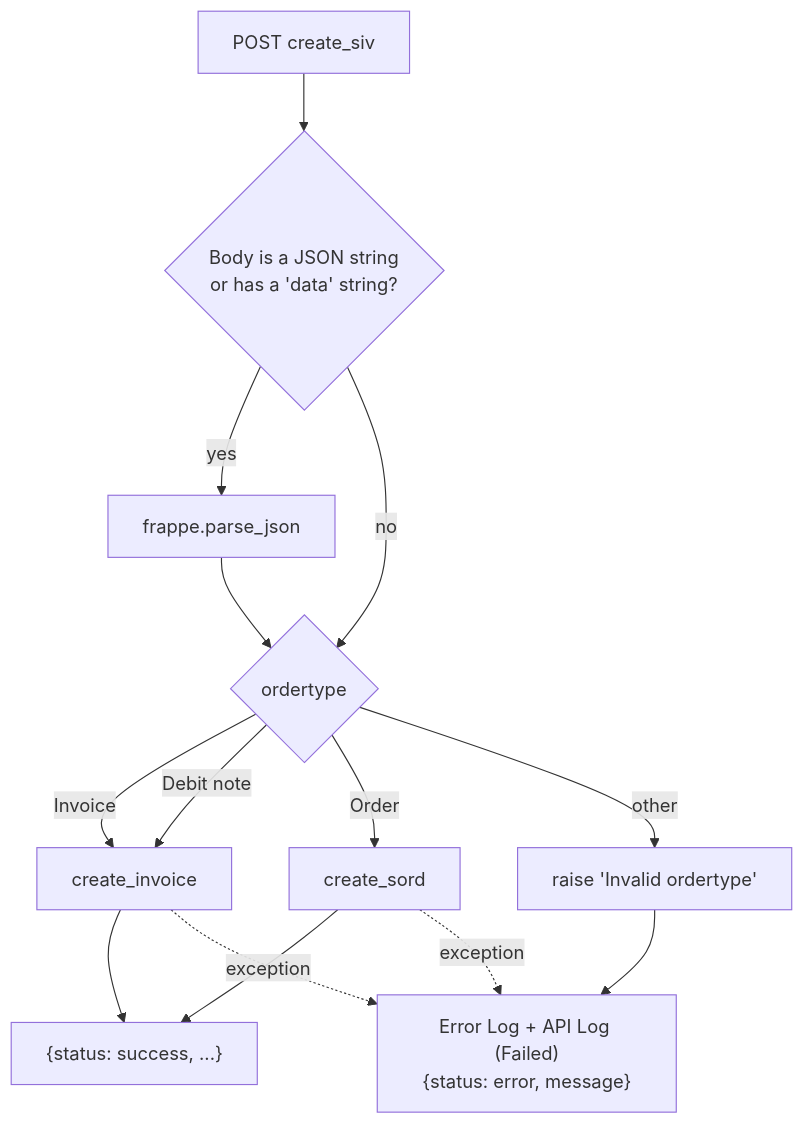
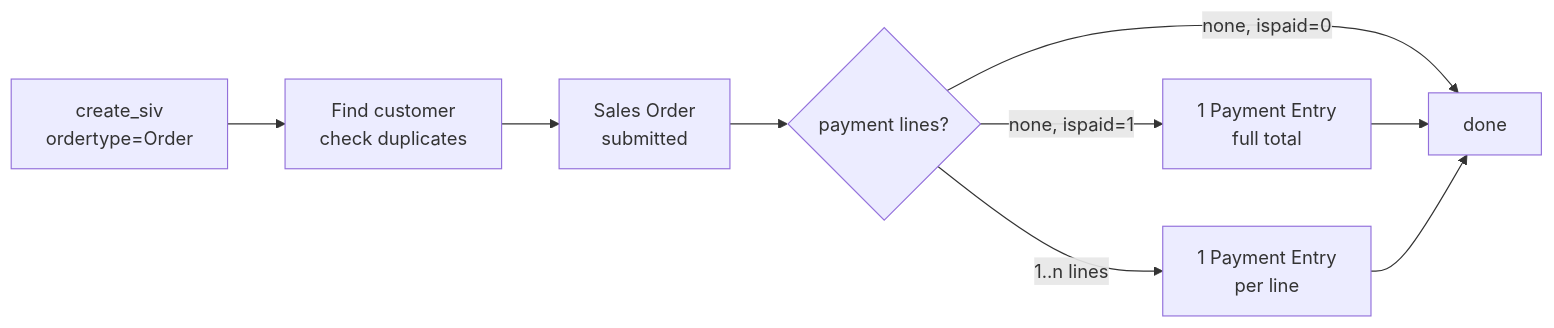
The first of 3 diagrams in docs/api-flow.md (stringapps/StringERP), drawn with Mermaid before and after one commit. The commit also changed other lines of this file, not shown here.

First line of the commit message:
Docs: Rewrite Sales Sync API docs with request/response examples

````diff
--- a/docs/api-flow.md
+++ b/docs/api-flow.md
@@ -17,16 +172,11 @@
 ```mermaid
-flowchart TD
-    A[POST create_siv] --> B{Body is a JSON string<br/>or has a 'data' string?}
-    B -- yes --> C[frappe.parse_json]
-    B -- no --> D{ordertype}
-    C --> D
-    D -- "Invoice" --> INV[create_invoice]
-    D -- "Debit note" --> INV
-    D -- "Order" --> SO[create_sord]
-    D -- other --> E[raise 'Invalid ordertype']
-    INV --> OK["{status: success, ...}"]
-    SO --> OK
-    E --> ERR
-    INV -. exception .-> ERR["Error Log + API Log (Failed)<br/>{status: error, message}"]
-    SO -. exception .-> ERR
+flowchart LR
+    A[create_siv<br/>ordertype=Order] --> B[Find customer<br/>check duplicates]
+    B --> C[Sales Order<br/>submitted]
+    C --> D{payment lines?}
+    D -- none, ispaid=0 --> E[done]
+    D -- none, ispaid=1 --> F[1 Payment Entry<br/>full total]
+    D -- 1..n lines --> G[1 Payment Entry<br/>per line]
+    F --> E
+    G --> E
 ```
````
